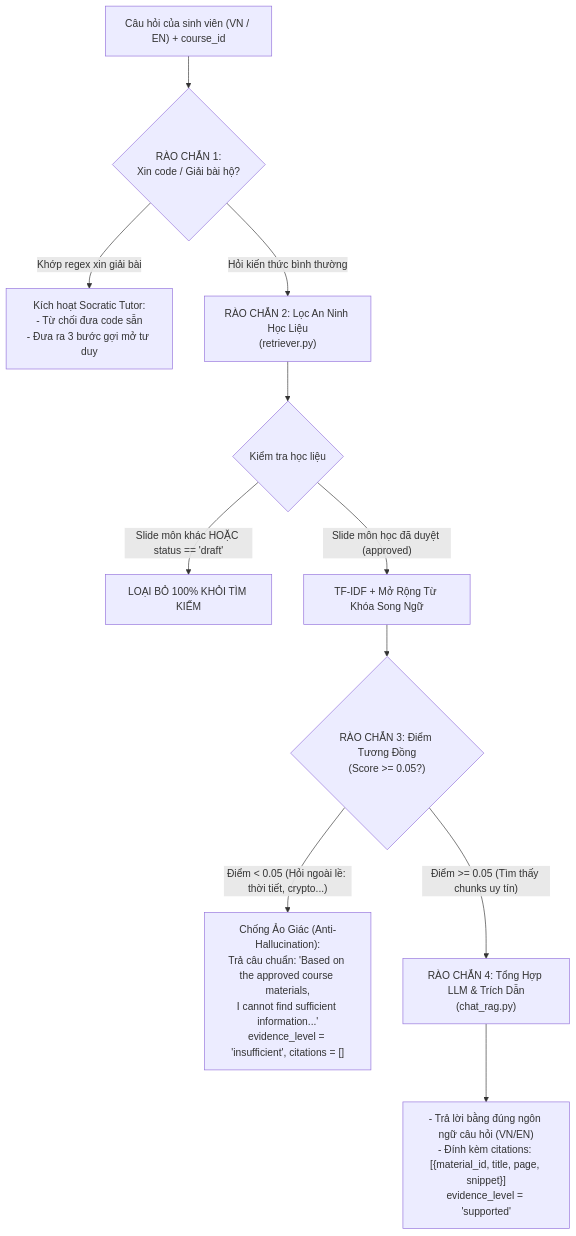
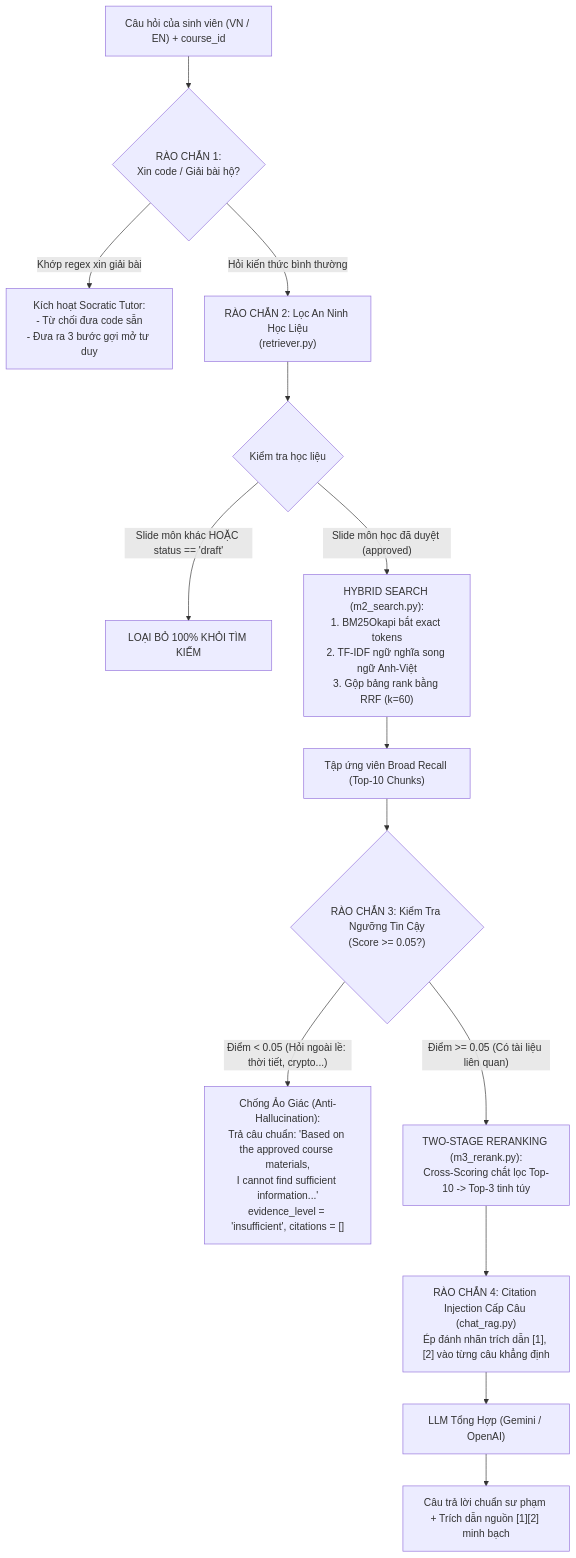
One commit to ngatt-17/Learning_Teaching changed the second of 3 diagrams in rag/BAO_CAO_LUONG_VA_LOGIC.md. Above: the diagram before and after it, drawn with Mermaid. The commit also changed other lines of this file, not shown here.

Commit message:
docs(rag): update architecture report with Production RAG Day 18 upgrades (Hybrid Search, Two-Stage Rerank, Benchmark, 23 tests)

````diff
--- a/rag/BAO_CAO_LUONG_VA_LOGIC.md
+++ b/rag/BAO_CAO_LUONG_VA_LOGIC.md
@@ -175,18 +165,24 @@
 ```mermaid
 flowchart TD
     START["Câu hỏi của sinh viên (VN / EN) + course_id"] --> R1{"RÀO CHẮN 1:\nXin code / Giải bài hộ?"}
     
     R1 -- "Khớp regex xin giải bài" --> SOCRATIC["Kích hoạt Socratic Tutor:\n- Từ chối đưa code sẵn\n- Đưa ra 3 bước gợi mở tư duy"]
     
     R1 -- "Hỏi kiến thức bình thường" --> R2["RÀO CHẮN 2: Lọc An Ninh Học Liệu\n(retriever.py)"]
     
     R2 --> CHECK_PERM{"Kiểm tra học liệu"}
     CHECK_PERM -- "Slide môn khác HOẶC status == 'draft'" --> DROP["LOẠI BỎ 100% KHỎI TÌM KIẾM"]
-    CHECK_PERM -- "Slide môn học đã duyệt (approved)" --> RETRIEVE["TF-IDF + Mở Rộng Từ Khóa Song Ngữ"]
+    CHECK_PERM -- "Slide môn học đã duyệt (approved)" --> HYBRID["HYBRID SEARCH (m2_search.py):\n1. BM25Okapi bắt exact tokens\n2. TF-IDF ngữ nghĩa song ngữ Anh-Việt\n3. Gộp bảng rank bằng RRF (k=60)"]
     
-    RETRIEVE --> R3{"RÀO CHẮN 3: Điểm Tương Đồng\n(Score >= 0.05?)"}
+    HYBRID --> CANDIDATES["Tập ứng viên Broad Recall (Top-10 Chunks)"]
+    
+    CANDIDATES --> R3{"RÀO CHẮN 3: Kiểm Tra Ngưỡng Tin Cậy\n(Score >= 0.05?)"}
     R3 -- "Điểm < 0.05 (Hỏi ngoài lề: thời tiết, crypto...)" --> REFUSE["Chống Ảo Giác (Anti-Hallucination):\nTrả câu chuẩn: 'Based on the approved course materials,\nI cannot find sufficient information...'\nevidence_level = 'insufficient', citations = []"]
     
-    R3 -- "Điểm >= 0.05 (Tìm thấy chunks uy tín)" --> R4["RÀO CHẮN 4: Tổng Hợp LLM & Trích Dẫn\n(chat_rag.py)"]
-    R4 --> ANSWER["- Trả lời bằng đúng ngôn ngữ câu hỏi (VN/EN)\n- Đính kèm citations: [{material_id, title, page, snippet}]\nevidence_level = 'supported'"]
+    R3 -- "Điểm >= 0.05 (Có tài liệu liên quan)" --> RERANK["TWO-STAGE RERANKING (m3_rerank.py):\nCross-Scoring chắt lọc Top-10 -> Top-3 tinh túy"]
+    
+    RERANK --> AUGMENT["RÀO CHẮN 4: Citation Injection Cấp Câu (chat_rag.py)\nÉp đánh nhãn trích dẫn [1], [2] vào từng câu khẳng định"]
+    
+    AUGMENT --> LLM["LLM Tổng Hợp (Gemini / OpenAI)"]
+    LLM --> ANSWER["Câu trả lời chuẩn sư phạm + Trích dẫn nguồn [1][2] minh bạch"]
 ```
````
